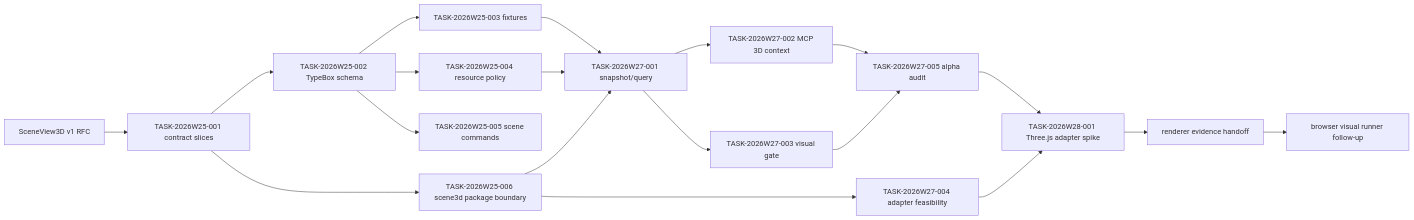
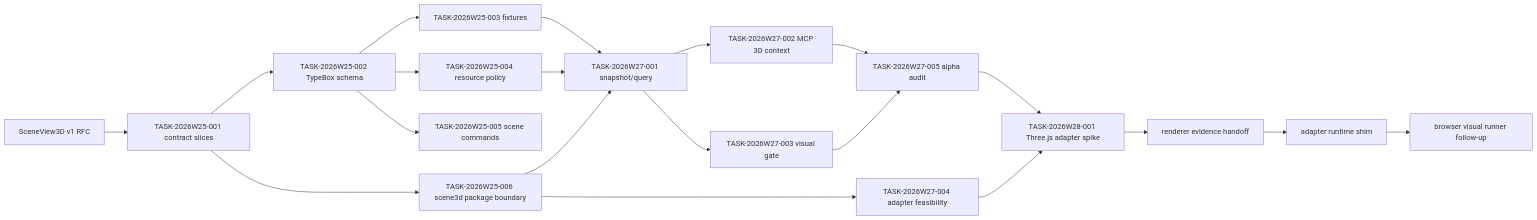
The second of 2 diagrams in docs/planning/dependency-graph.md (HYNCM/gis-engine), drawn with Mermaid before and after one commit. The commit also changed other lines of this file and 8 other files, not shown here.

Commit message:
feat: add scene3d adapter runtime shim

````diff
--- a/docs/planning/dependency-graph.md
+++ b/docs/planning/dependency-graph.md
@@ -81,21 +82,22 @@
 ```mermaid
 flowchart LR
   A["SceneView3D v1 RFC"] --> B["TASK-2026W25-001 contract slices"]
   B --> C["TASK-2026W25-002 TypeBox schema"]
   C --> D["TASK-2026W25-003 fixtures"]
   C --> E["TASK-2026W25-004 resource policy"]
   C --> F["TASK-2026W25-005 scene commands"]
   B --> G["TASK-2026W25-006 scene3d package boundary"]
   D --> H["TASK-2026W27-001 snapshot/query"]
   E --> H
   G --> H
   H --> I["TASK-2026W27-002 MCP 3D context"]
   H --> J["TASK-2026W27-003 visual gate"]
   G --> L["TASK-2026W27-004 adapter feasibility"]
   I --> K["TASK-2026W27-005 alpha audit"]
   J --> K
   K --> M["TASK-2026W28-001 Three.js adapter spike"]
   L --> M
   M --> N["renderer evidence handoff"]
-  N --> O["browser visual runner follow-up"]
+  N --> O["adapter runtime shim"]
+  O --> P["browser visual runner follow-up"]
 ```
````
